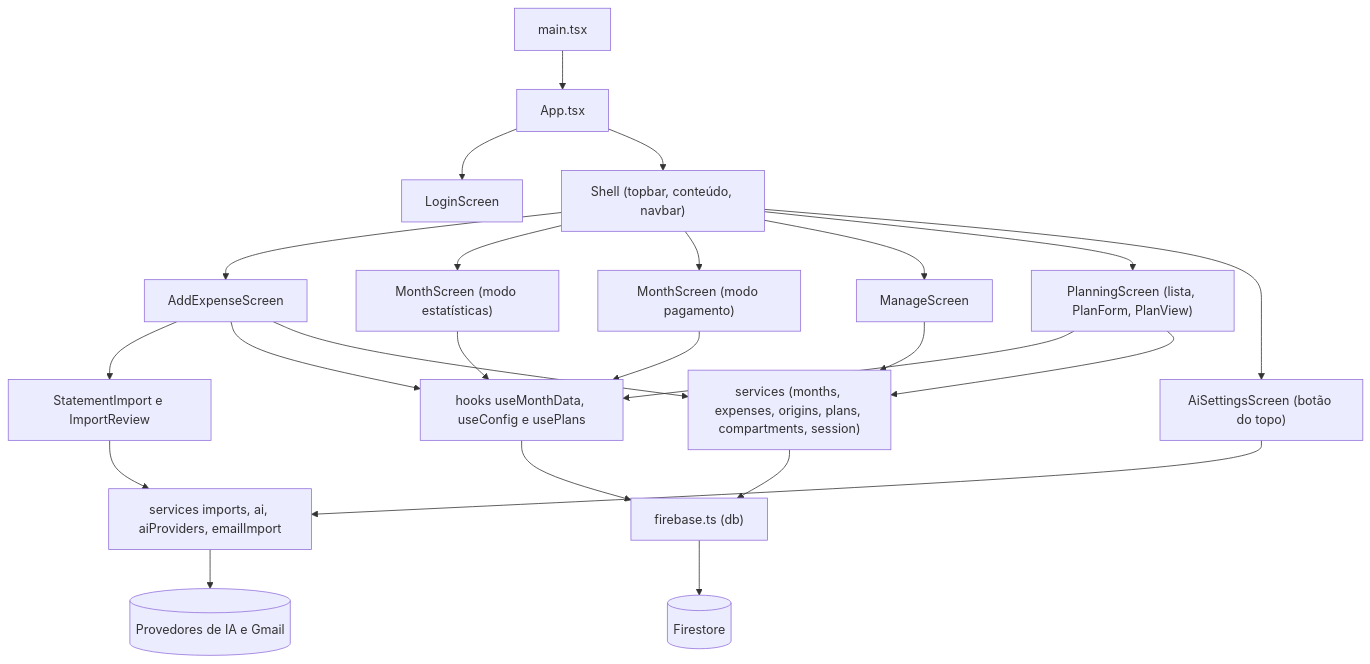
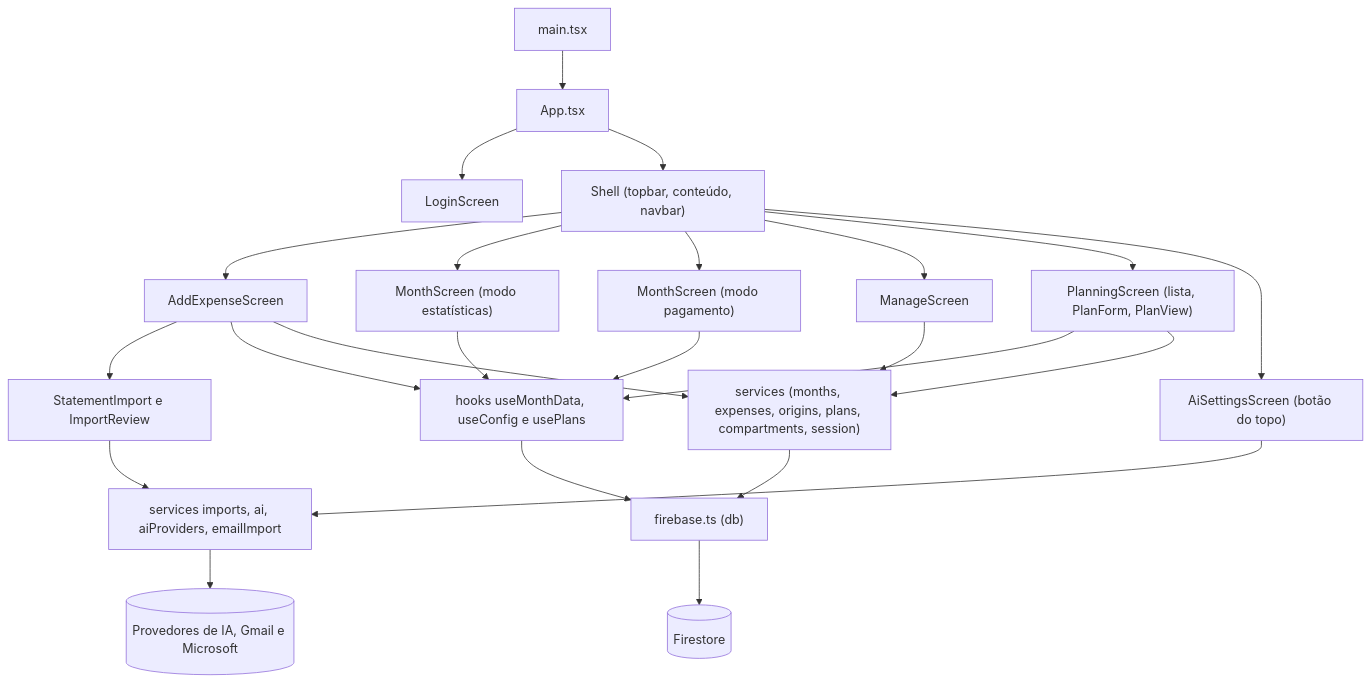
The diagram in docs/01-arquitetura.md (RuanPS01/cash-organizer-web), drawn with Mermaid before and after one commit. The commit also changed other lines of this file and 21 other files, not shown here.

````diff
--- a/docs/01-arquitetura.md
+++ b/docs/01-arquitetura.md
@@ -19,26 +20,26 @@
 ```mermaid
 flowchart TD
   A["main.tsx"] --> B["App.tsx"]
   B --> C["LoginScreen"]
   B --> D["Shell (topbar, conteúdo, navbar)"]
   D --> E["AddExpenseScreen"]
   D --> F["MonthScreen (modo estatísticas)"]
   D --> G["MonthScreen (modo pagamento)"]
   D --> H["ManageScreen"]
   D --> P["PlanningScreen (lista, PlanForm, PlanView)"]
   D --> Q["AiSettingsScreen (botão do topo)"]
   E --> R["StatementImport e ImportReview"]
   E --> I["hooks useMonthData, useConfig e usePlans"]
   R --> S["services imports, ai, aiProviders, emailImport"]
   Q --> S
-  S --> T[("Provedores de IA e Gmail")]
+  S --> T[("Provedores de IA, Gmail e Microsoft")]
   F --> I
   G --> I
   P --> I
   H --> J
   P --> J
   E --> J["services (months, expenses, origins, plans, compartments, session)"]
   I --> K["firebase.ts (db)"]
   J --> K
   K --> L[("Firestore")]
 ```
````
